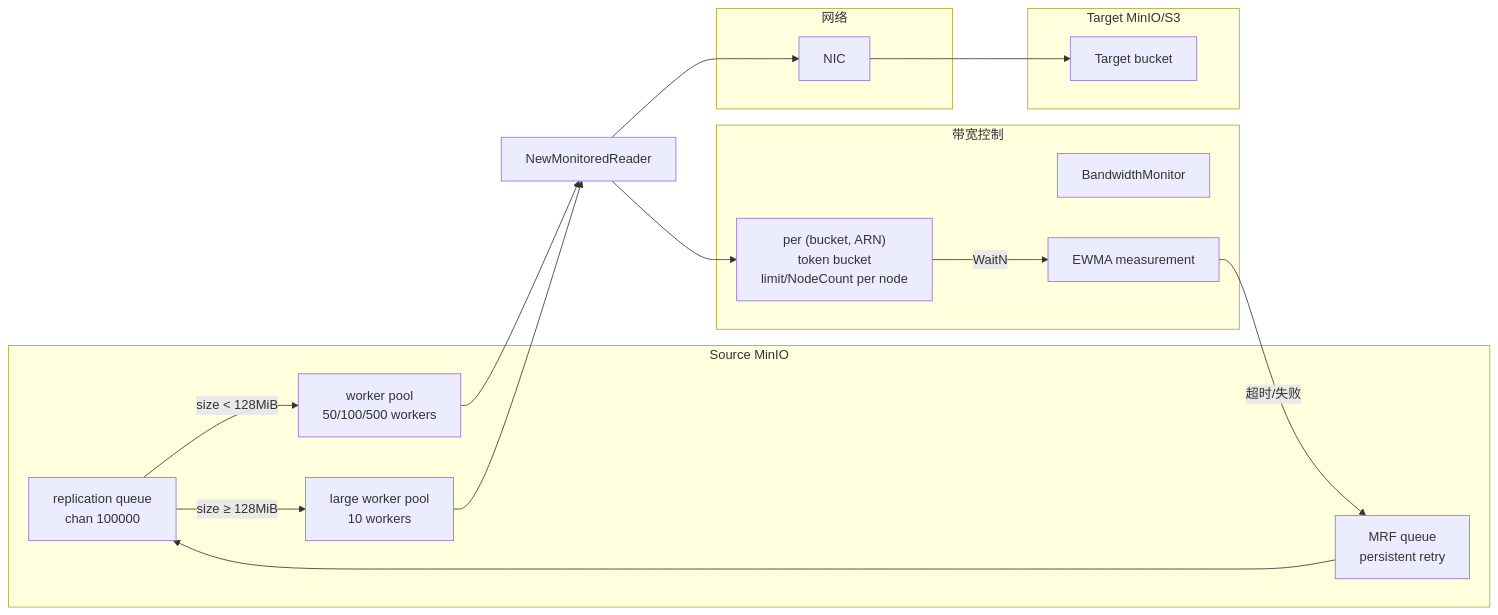
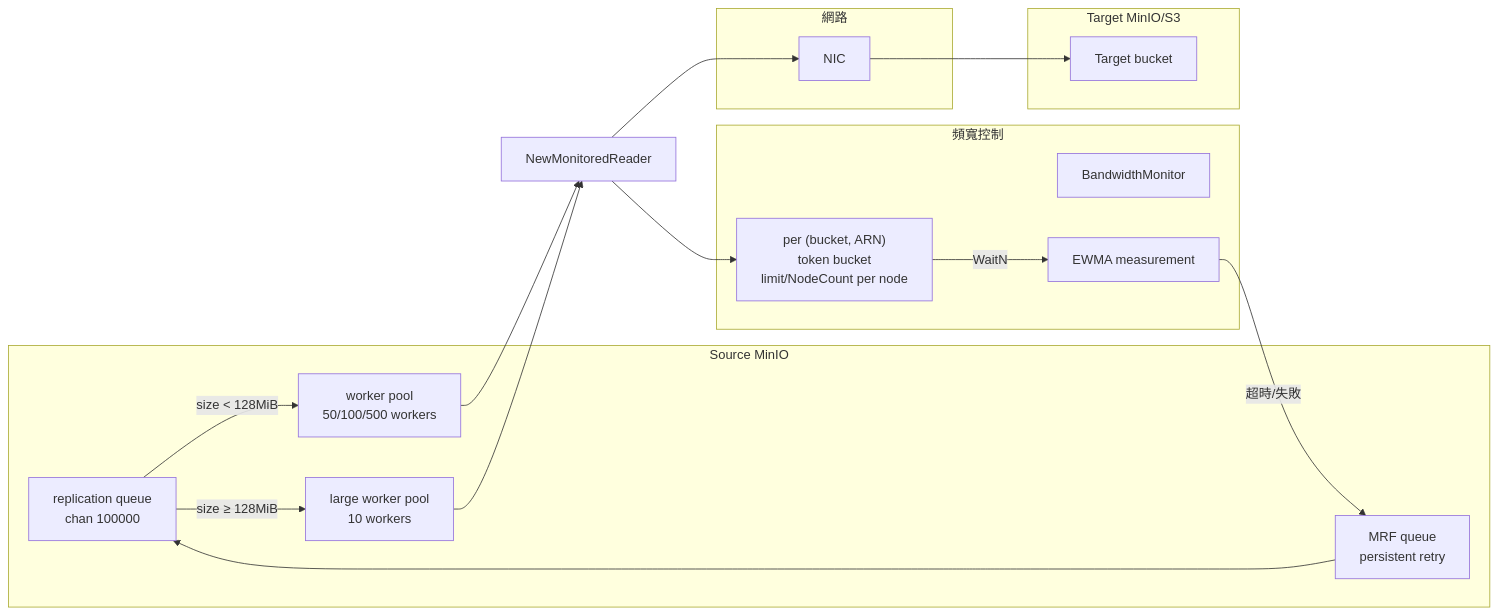
Before and after one commit to cysu01/minio: the eighth of 8 diagrams in repo-analysis/drafts/06-module-rate-control.md, drawn with Mermaid. The commit also changed other lines of this file and 14 other files, not shown here.

````diff
--- a/repo-analysis/drafts/06-module-rate-control.md
+++ b/repo-analysis/drafts/06-module-rate-control.md
@@ -502,33 +502,33 @@
 ```mermaid
 flowchart LR
     subgraph Source[Source MinIO]
         Q[replication queue<br/>chan 100000]
         WP[worker pool<br/>50/100/500 workers]
         LP[large worker pool<br/>10 workers]
         MRF[MRF queue<br/>persistent retry]
     end
 
-    subgraph Throttle[带宽控制]
+    subgraph Throttle[頻寬控制]
         BM[BandwidthMonitor]
         TB["per (bucket, ARN)<br/>token bucket<br/>limit/NodeCount per node"]
         EWMA[EWMA measurement]
     end
 
-    subgraph Net[网络]
+    subgraph Net[網路]
         N[NIC]
     end
 
     subgraph Tgt[Target MinIO/S3]
         T[Target bucket]
     end
 
     Q -->|size < 128MiB| WP
     Q -->|size ≥ 128MiB| LP
     WP --> MR[NewMonitoredReader]
     LP --> MR
     MR --> TB
     TB -->|WaitN| EWMA
-    EWMA -->|超时/失败| MRF
+    EWMA -->|超時/失敗| MRF
     MRF --> Q
     MR --> N --> T
 ```
````
